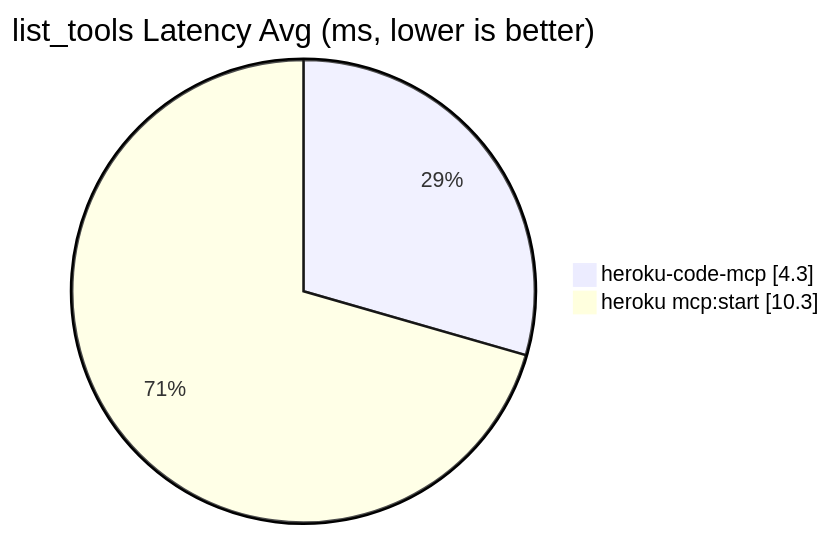
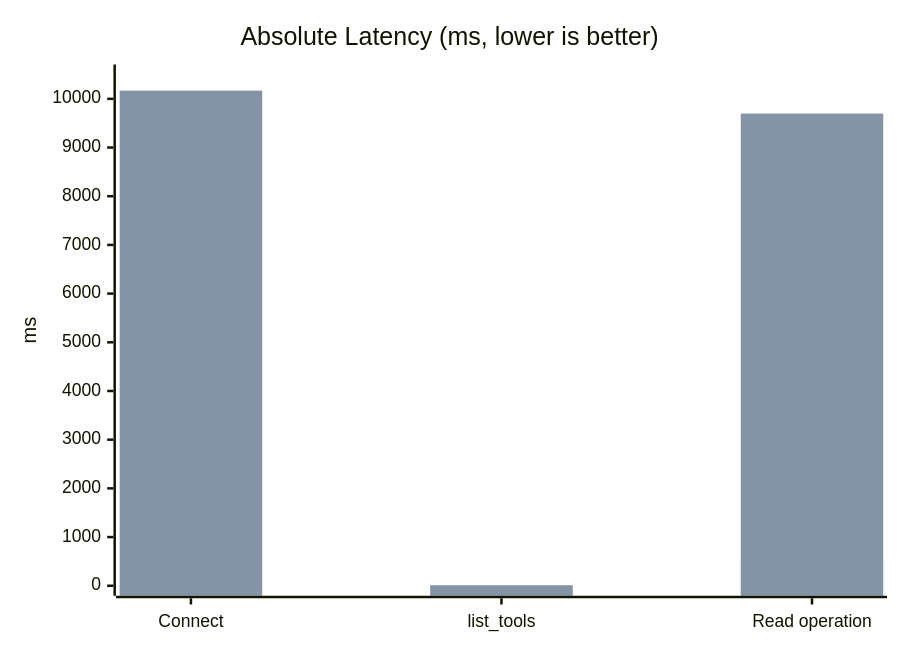
One commit to dsouzaAnush/heroku-code-mcp changed the third of 3 diagrams in README.md. Above: the diagram before and after it, drawn with Mermaid. The commit also changed other lines of this file, not shown here.

Commit message:
Rewrite README with clearer benchmark narrative and comparison charts

````diff
--- a/README.md
+++ b/README.md
@@ -84,6 +83,8 @@
 ```mermaid
-pie showData
-title list_tools Latency Avg (ms, lower is better)
-"heroku-code-mcp" : 4.3
-"heroku mcp:start" : 10.3
+xychart-beta
+    title "Absolute Latency (ms, lower is better)"
+    x-axis ["Connect", "list_tools", "Read operation"]
+    y-axis "ms" 0 --> 10500
+    bar "heroku-code-mcp" [14.8, 4.3, 528.0]
+    bar "heroku mcp:start" [10168.7, 10.3, 9697.4]
 ```
````
